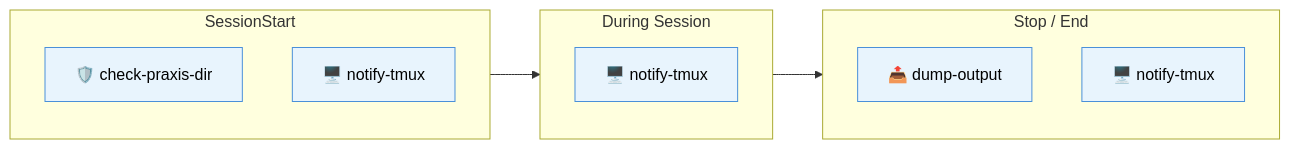
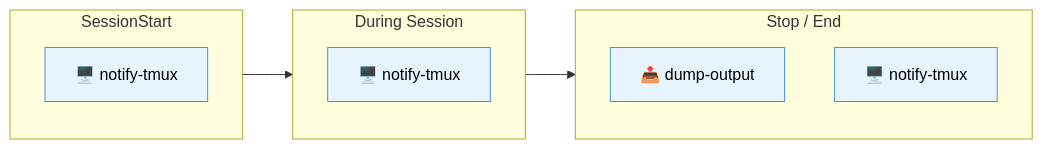
One commit to digital-stoic-org/agent-skills changed the first of 2 diagrams in dstoic/hooks/README-full.md. Above: the diagram before and after it, drawn with Mermaid. The commit also changed other lines of this file and 480 other files, not shown here.

````diff
--- a/dstoic/hooks/README-full.md
+++ b/dstoic/hooks/README-full.md
@@ -15,22 +14,21 @@
 ```mermaid
 flowchart LR
     subgraph S1["SessionStart"]
-        A0["🛡️ check-praxis-dir"]
         A1["🖥️ notify-tmux"]
     end
 
     subgraph S2["During Session"]
         B1["🖥️ notify-tmux"]
     end
 
     subgraph S3["Stop / End"]
         C1["📤 dump-output"]
         C2["🖥️ notify-tmux"]
     end
 
     S1 --> S2 --> S3
 
     classDef hook fill:#E8F4FD,stroke:#4A90D9,color:#000
     classDef phase fill:#F0F0F0,stroke:#999,color:#000
-    class A0,A1,B1,C1,C2 hook
+    class A1,B1,C1,C2 hook
 ```
````
